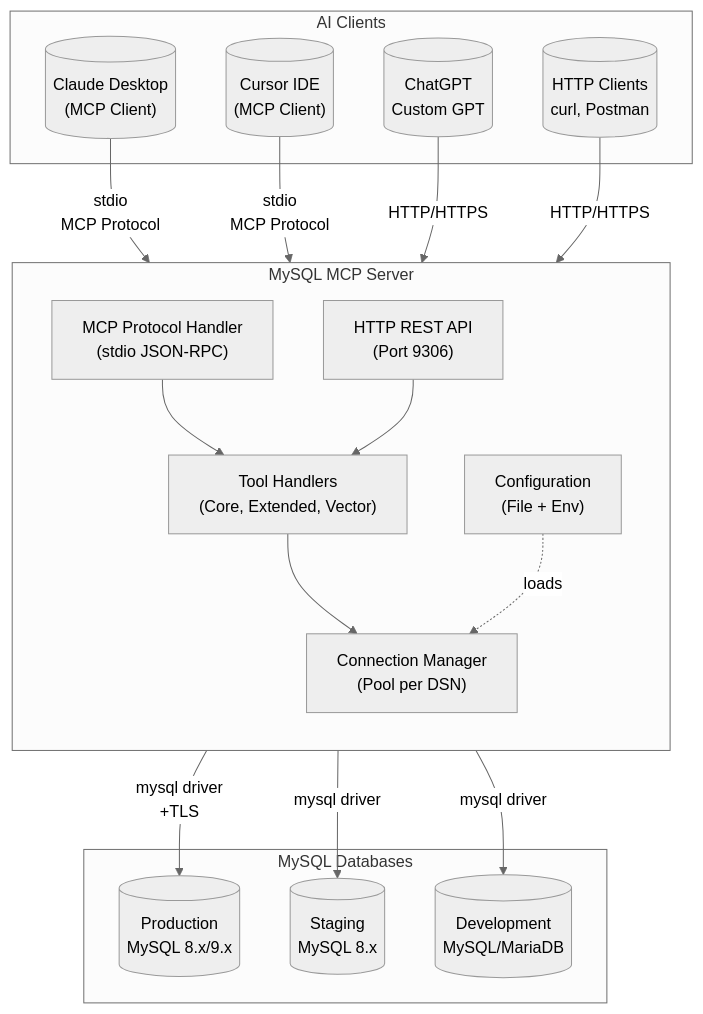
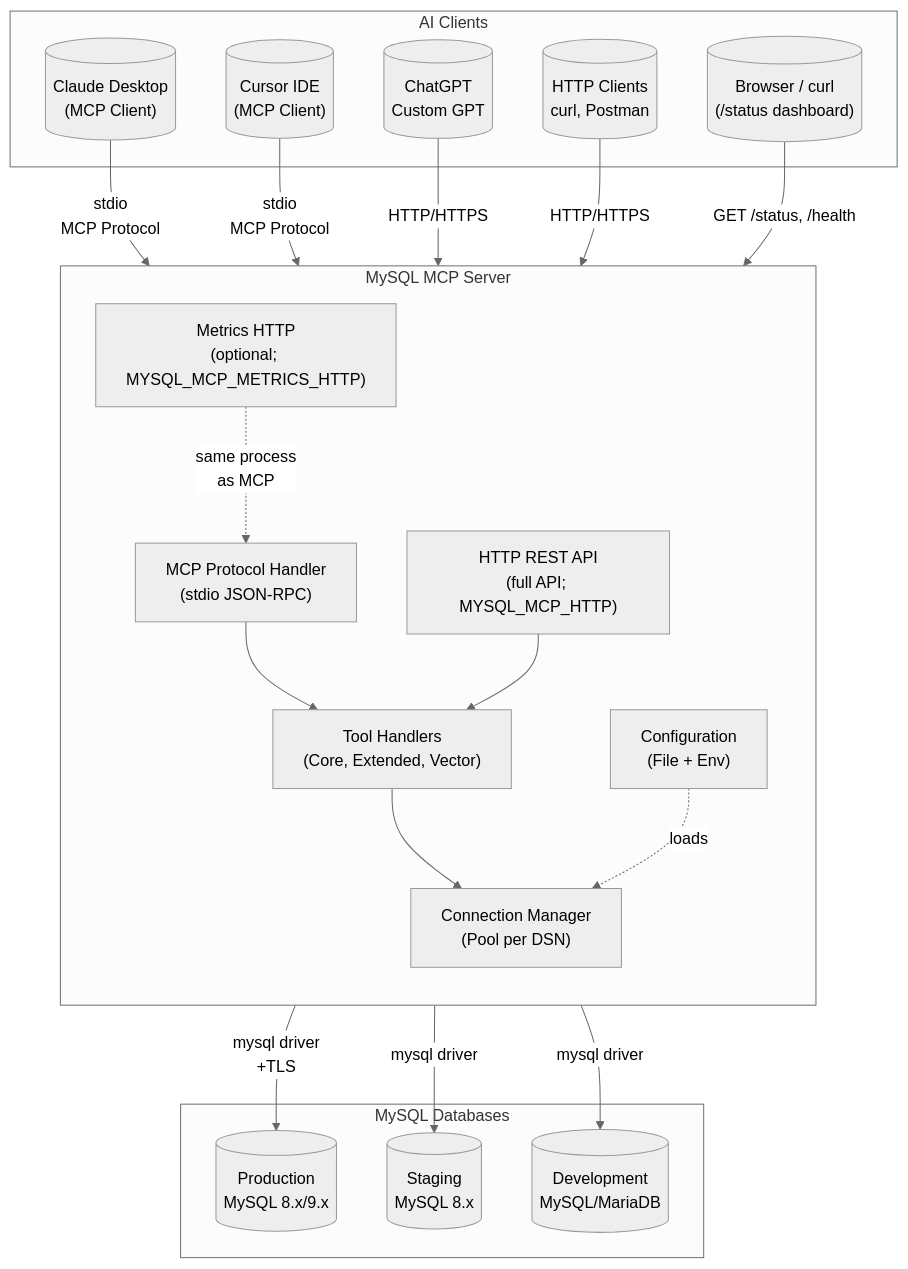
Before and after one commit to nssuwan186-dev/mysql-mcp-server: the first of 13 diagrams in docs/architecture.md, drawn with Mermaid (neutral theme). The commit also changed other lines of this file and 3 other files, not shown here.

First line of the commit message:
docs: align metrics HTTP across example, Cursor, architecture, test-steps

````diff
--- a/docs/architecture.md
+++ b/docs/architecture.md
@@ -22,38 +23,42 @@
 ```mermaid
 graph TB
     subgraph "AI Clients"
         Claude[("Claude Desktop<br/>(MCP Client)")]
         Cursor[("Cursor IDE<br/>(MCP Client)")]
         ChatGPT[("ChatGPT<br/>Custom GPT")]
         HTTPClient[("HTTP Clients<br/>curl, Postman")]
+        Browser[("Browser / curl<br/>(/status dashboard)")]
     end
     
     subgraph "MySQL MCP Server"
         direction TB
         MCP["MCP Protocol Handler<br/>(stdio JSON-RPC)"]
-        HTTP["HTTP REST API<br/>(Port 9306)"]
+        HTTP["HTTP REST API<br/>(full API; MYSQL_MCP_HTTP)"]
+        MetricsHTTP["Metrics HTTP<br/>(optional; MYSQL_MCP_METRICS_HTTP)"]
         Tools["Tool Handlers<br/>(Core, Extended, Vector)"]
         CM["Connection Manager<br/>(Pool per DSN)"]
         Config["Configuration<br/>(File + Env)"]
     end
     
     subgraph "MySQL Databases"
         DB1[("Production<br/>MySQL 8.x/9.x")]
         DB2[("Staging<br/>MySQL 8.x")]
         DB3[("Development<br/>MySQL/MariaDB")]
     end
     
     Claude -->|"stdio<br/>MCP Protocol"| MCP
     Cursor -->|"stdio<br/>MCP Protocol"| MCP
     ChatGPT -->|"HTTP/HTTPS"| HTTP
     HTTPClient -->|"HTTP/HTTPS"| HTTP
+    Browser -->|"GET /status, /health"| MetricsHTTP
     
     MCP --> Tools
     HTTP --> Tools
+    MetricsHTTP -.->|"same process<br/>as MCP"| MCP
     Tools --> CM
     Config -.->|"loads"| CM
     
     CM -->|"mysql driver<br/>+TLS"| DB1
     CM -->|"mysql driver"| DB2
     CM -->|"mysql driver"| DB3
 ```
````
